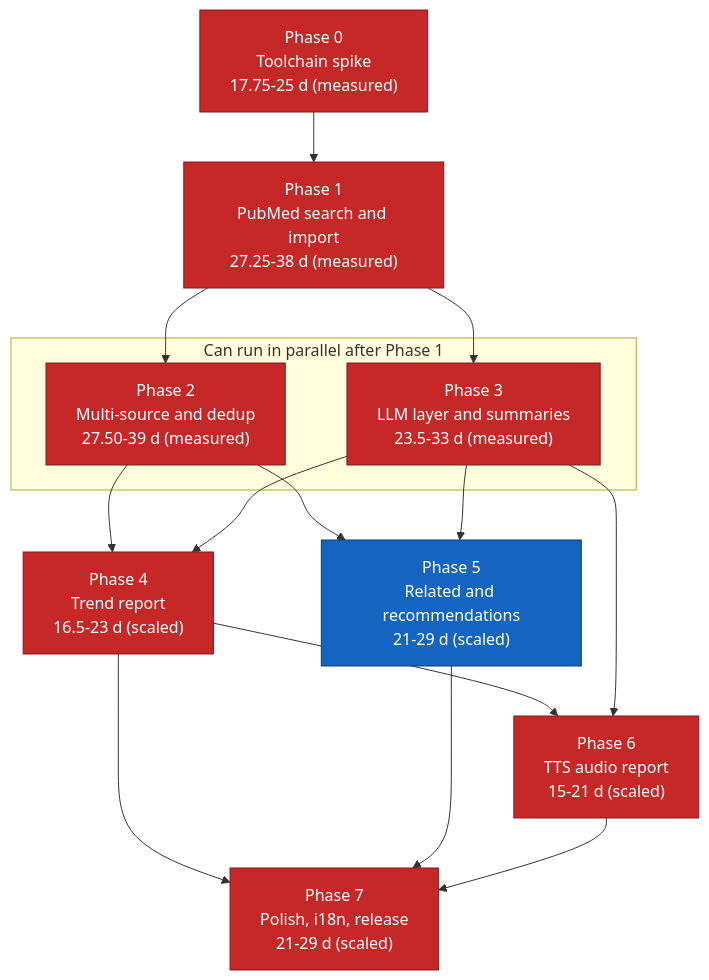
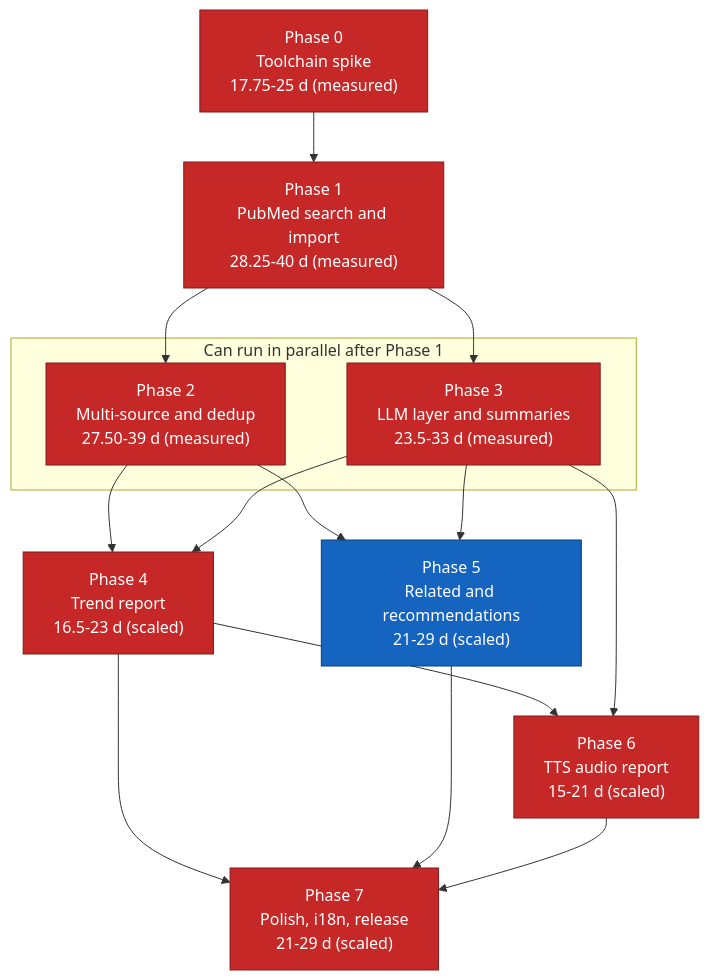
One commit to suppakoko/research_helper changed the diagram in docs/11-implementation-roadmap.md. Above: the diagram before and after it, drawn with Mermaid. The commit also changed other lines of this file and 4 other files, not shown here.

````diff
--- a/docs/11-implementation-roadmap.md
+++ b/docs/11-implementation-roadmap.md
@@ -326,34 +326,34 @@
 ```mermaid
 graph TD
     P0["Phase 0<br/>Toolchain spike<br/>17.75-25 d (measured)"]
-    P1["Phase 1<br/>PubMed search and import<br/>27.25-38 d (measured)"]
+    P1["Phase 1<br/>PubMed search and import<br/>28.25-40 d (measured)"]
     P2["Phase 2<br/>Multi-source and dedup<br/>27.50-39 d (measured)"]
     P3["Phase 3<br/>LLM layer and summaries<br/>23.5-33 d (measured)"]
     P4["Phase 4<br/>Trend report<br/>16.5-23 d (scaled)"]
     P5["Phase 5<br/>Related and recommendations<br/>21-29 d (scaled)"]
     P6["Phase 6<br/>TTS audio report<br/>15-21 d (scaled)"]
     P7["Phase 7<br/>Polish, i18n, release<br/>21-29 d (scaled)"]
 
     P0 --> P1
     P1 --> P2
     P1 --> P3
     P2 --> P4
     P3 --> P4
     P2 --> P5
     P3 --> P5
     P4 --> P6
     P3 --> P6
     P4 --> P7
     P5 --> P7
     P6 --> P7
 
     subgraph parallel["Can run in parallel after Phase 1"]
         P2
         P3
     end
 
     classDef critical fill:#c62828,stroke:#7f1d1d,color:#ffffff
     classDef normal fill:#1565c0,stroke:#0d3c73,color:#ffffff
     class P0,P1,P2,P3,P4,P6,P7 critical
     class P5 normal
 ```
````
